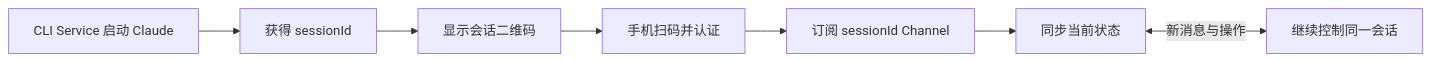
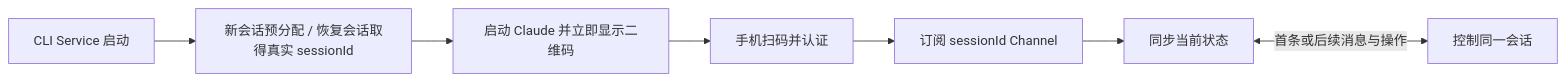
Before and after one commit to tea4go/claude-mobile-remote: the first of 4 diagrams in REQUIREMENTS.md, drawn with Mermaid. The commit also changed other lines of this file and 24 other files, not shown here.

````diff
--- a/REQUIREMENTS.md
+++ b/REQUIREMENTS.md
@@ -24,9 +24,9 @@
 ```mermaid
 flowchart LR
-    A["CLI Service 启动 Claude"] --> B["获得 sessionId"]
-    B --> C["显示会话二维码"]
+    A["CLI Service 启动"] --> B["新会话预分配 / 恢复会话取得真实 sessionId"]
+    B --> C["启动 Claude 并立即显示二维码"]
     C --> D["手机扫码并认证"]
     D --> E["订阅 sessionId Channel"]
     E --> F["同步当前状态"]
-    F <-->|"新消息与操作"| G["继续控制同一会话"]
+    F <-->|"首条或后续消息与操作"| G["控制同一会话"]
 ```
````
